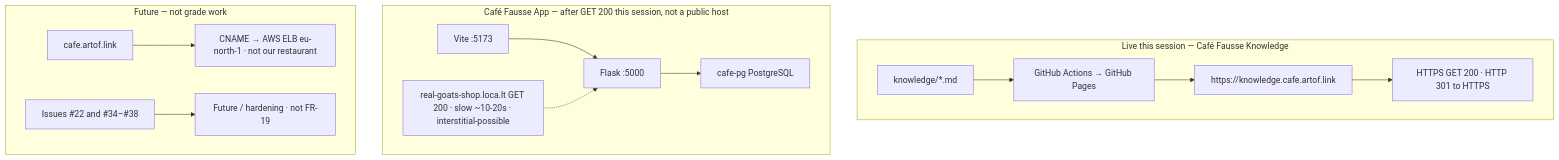
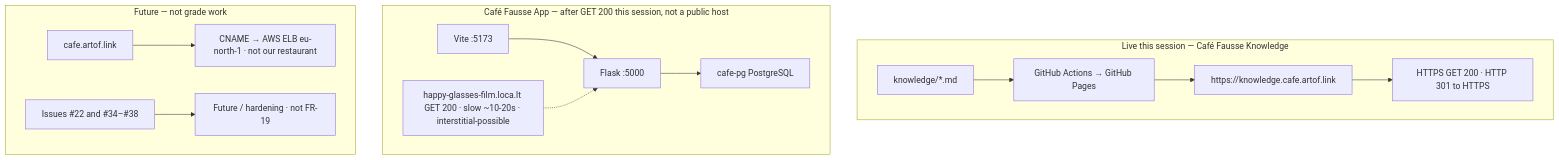
Before and after one commit to artofdream/aea-interactive-design: the diagram in knowledge/friday-plan.md, drawn with Mermaid. The commit also changed other lines of this file and 5 other files, not shown here.

First line of the commit message:
docs(knowledge): refresh brief tunnel URL to happy-glasses-film (#61)

````diff
--- a/knowledge/friday-plan.md
+++ b/knowledge/friday-plan.md
@@ -70,17 +70,17 @@
 ```mermaid
 flowchart TB
   subgraph LIVE["Live this session — Café Fausse Knowledge"]
     MD["knowledge/*.md"] --> BUILD["GitHub Actions → GitHub Pages"]
     BUILD --> KH["https://knowledge.cafe.artof.link"]
     KH --> OK["HTTPS GET 200 · HTTP 301 to HTTPS"]
   end
   subgraph APP["Café Fausse App — after GET 200 this session, not a public host"]
     VITE["Vite :5173"] --> FLASK["Flask :5000"]
     FLASK --> PG["cafe-pg PostgreSQL"]
-    TUN["real-goats-shop.loca.lt GET 200 · slow ~10-20s · interstitial-possible"] -.-> FLASK
+    TUN["happy-glasses-film.loca.lt GET 200 · slow ~10-20s · interstitial-possible"] -.-> FLASK
   end
   subgraph FUT["Future — not grade work"]
     CAFE["cafe.artof.link"] --> ELB["CNAME → AWS ELB eu-north-1 · not our restaurant"]
     FS["Issues #22 and #34–#38"] --> PARK["Future / hardening · not FR-19"]
   end
 ```
````
